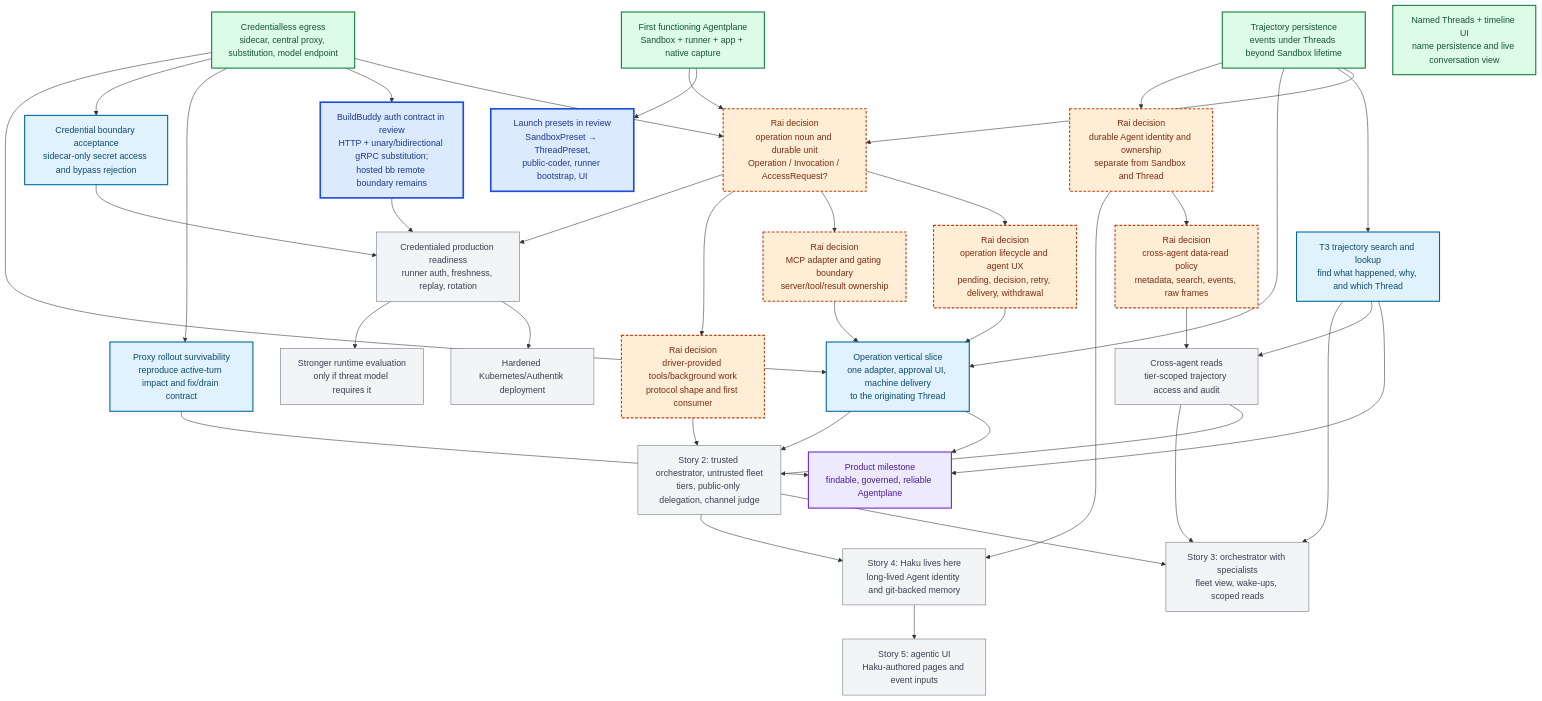
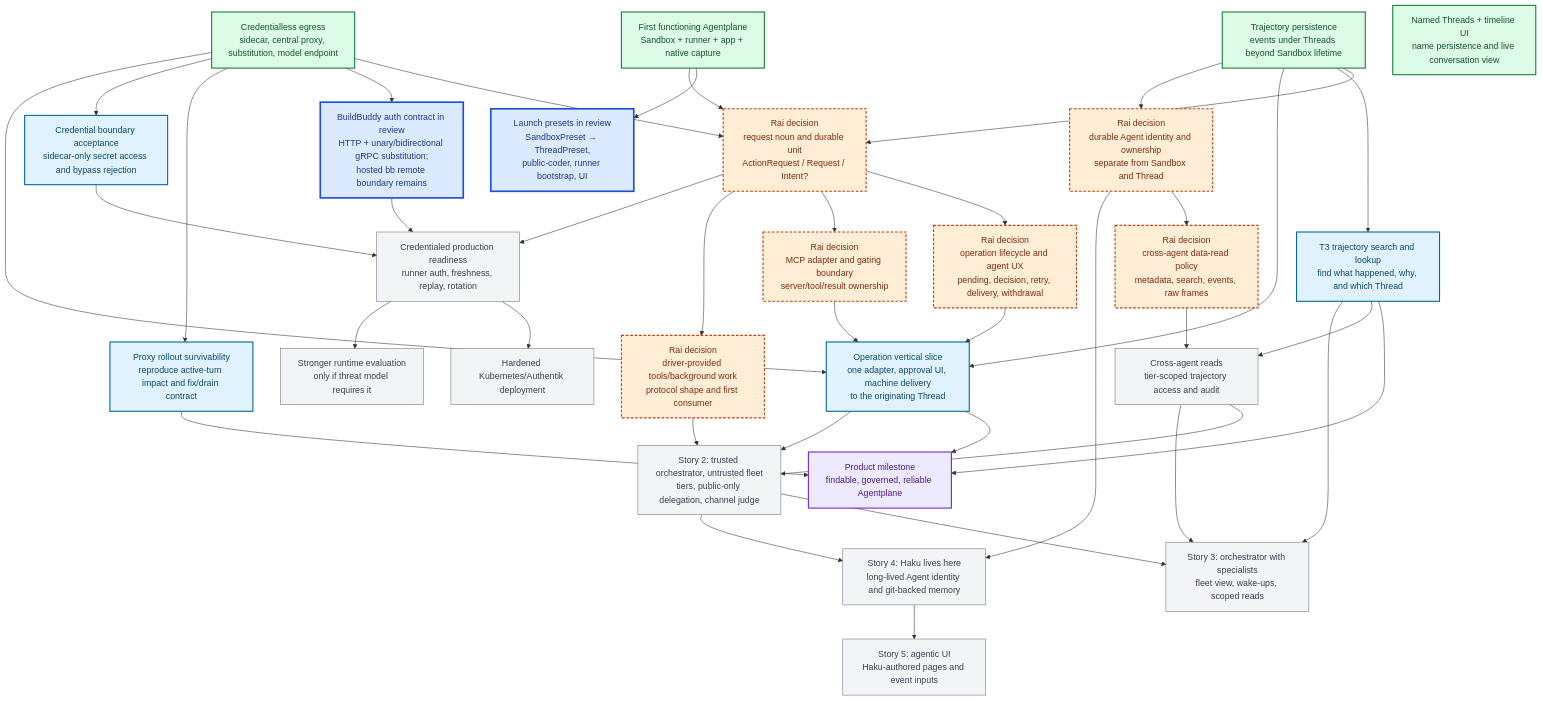
One commit to agentydragon-agent/ducktape changed the diagram in x/agentplane/plans/task_dag.md. Above: the diagram before and after it, drawn with Mermaid. The commit also changed other lines of this file and 1 other file, not shown here.

First line of the commit message:
agentplane: separate action decisions from execution (#5654)

````diff
--- a/x/agentplane/plans/task_dag.md
+++ b/x/agentplane/plans/task_dag.md
@@ -51,77 +51,77 @@
 ```mermaid
 flowchart TB
     classDef completed fill:#dcfce7,stroke:#15803d,color:#14532d,stroke-width:2px
     classDef active fill:#dbeafe,stroke:#1d4ed8,color:#1e3a8a,stroke-width:3px
     classDef ready fill:#e0f2fe,stroke:#0369a1,color:#0c4a6e,stroke-width:2px
     classDef milestone fill:#ede9fe,stroke:#6d28d9,color:#4c1d95,stroke-width:2px
     classDef decision fill:#ffedd5,stroke:#c2410c,color:#7c2d12,stroke-width:2px,stroke-dasharray:5 3
     classDef future fill:#f3f4f6,stroke:#6b7280,color:#374151
 
     F0["First functioning Agentplane<br/>Sandbox + runner + app + native capture"]:::completed
     J["Credentialless egress<br/>sidecar, central proxy, substitution, model endpoint"]:::completed
     T1["Trajectory persistence<br/>events under Threads beyond Sandbox lifetime"]:::completed
     T2["Named Threads + timeline UI<br/>name persistence and live conversation view"]:::completed
 
     LP["Launch presets in review<br/>SandboxPreset → ThreadPreset,<br/>public-coder, runner bootstrap, UI"]:::active
     BB["BuildBuddy auth contract in review<br/>HTTP + unary/bidirectional gRPC substitution;<br/>hosted bb remote boundary remains"]:::active
 
-    OPD["Rai decision<br/>operation noun and durable unit<br/>Operation / Invocation / AccessRequest?"]:::decision
+    OPD["Rai decision<br/>request noun and durable unit<br/>ActionRequest / Request / Intent?"]:::decision
     OPS["Rai decision<br/>operation lifecycle and agent UX<br/>pending, decision, retry, delivery, withdrawal"]:::decision
     MCPD["Rai decision<br/>MCP adapter and gating boundary<br/>server/tool/result ownership"]:::decision
     OPI["Operation vertical slice<br/>one adapter, approval UI, machine delivery<br/>to the originating Thread"]:::ready
 
     T3["T3 trajectory search and lookup<br/>find what happened, why, and which Thread"]:::ready
     PR["Proxy rollout survivability<br/>reproduce active-turn impact and fix/drain contract"]:::ready
     SEC["Credential boundary acceptance<br/>sidecar-only secret access and bypass rejection"]:::ready
 
     AGD["Rai decision<br/>durable Agent identity and ownership<br/>separate from Sandbox and Thread"]:::decision
     DATAD["Rai decision<br/>cross-agent data-read policy<br/>metadata, search, events, raw frames"]:::decision
     XREAD["Cross-agent reads<br/>tier-scoped trajectory access and audit"]:::future
 
     DT["Rai decision<br/>driver-provided tools/background work<br/>protocol shape and first consumer"]:::decision
     N["Story 2: trusted orchestrator, untrusted fleet<br/>tiers, public-only delegation, channel judge"]:::future
     O["Story 3: orchestrator with specialists<br/>fleet view, wake-ups, scoped reads"]:::future
     HK["Story 4: Haku lives here<br/>long-lived Agent identity and git-backed memory"]:::future
     UI["Story 5: agentic UI<br/>Haku-authored pages and event inputs"]:::future
     L["Credentialed production readiness<br/>runner auth, freshness, replay, rotation"]:::future
     V["Stronger runtime evaluation<br/>only if threat model requires it"]:::future
     W["Hardened Kubernetes/Authentik deployment"]:::future
     F["Product milestone<br/>findable, governed, reliable Agentplane"]:::milestone
 
     F0 --> LP
     F0 --> OPD
     J --> OPD
     J --> BB
     T1 --> OPD
     T1 --> T3
     J --> PR
     J --> SEC
     OPD --> OPS
     OPD --> MCPD
     OPS --> OPI
     MCPD --> OPI
     J --> OPI
     T1 --> OPI
     T3 --> F
     OPI --> F
     PR --> F
     SEC --> L
     BB --> L
     OPD --> DT
     T1 --> AGD
     AGD --> DATAD
     T3 --> XREAD
     DATAD --> XREAD
     OPI --> N
     XREAD --> N
     DT --> N
     N --> O
     XREAD --> O
     T3 --> O
     N --> HK
     AGD --> HK
     HK --> UI
     L --> W
     OPD --> L
     L --> V
 ```
````
